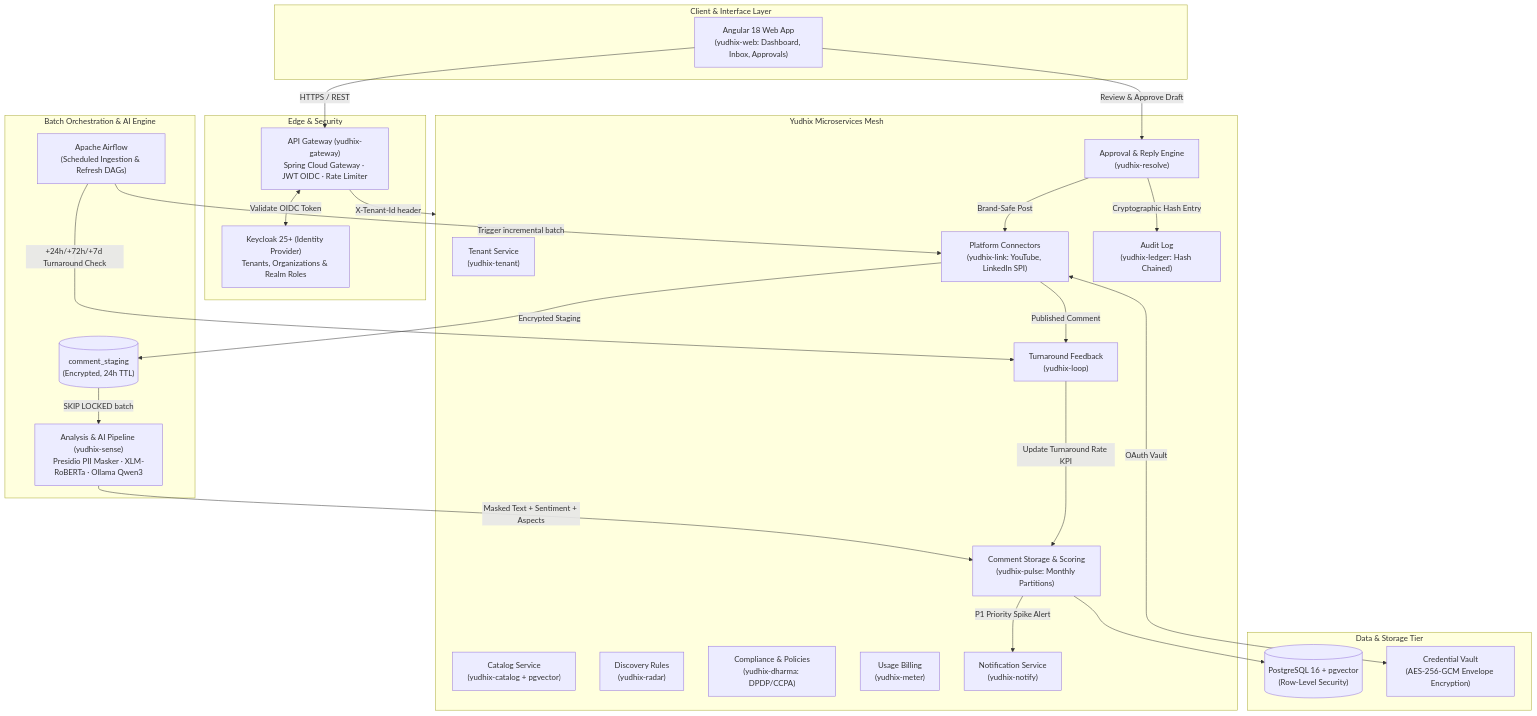
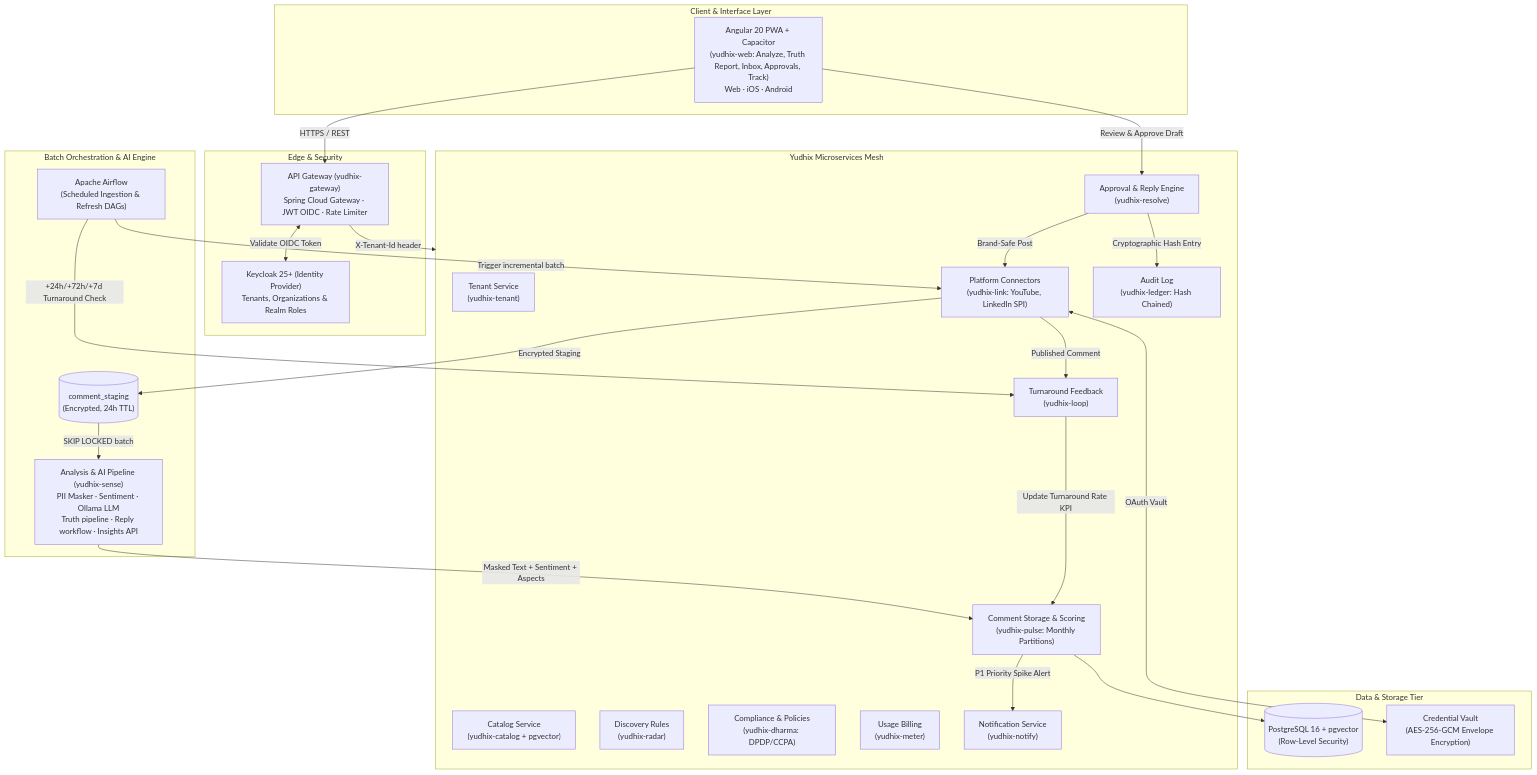
One commit to 83-TechWorld/yudhix changed the first of 5 diagrams in README.md. Above: the diagram before and after it, drawn with Mermaid. The commit also changed other lines of this file and 91 other files, not shown here.

First line of the commit message:
feat: truth-first product with new Angular 20 PWA and backend core

````diff
--- a/README.md
+++ b/README.md
@@ -30,58 +45,58 @@
 ```mermaid
 flowchart TB
     subgraph ClientLayer ["Client & Interface Layer"]
-        UI["Angular 18 Web App<br/>(yudhix-web: Dashboard, Inbox, Approvals)"]
+        UI["Angular 20 PWA + Capacitor<br/>(yudhix-web: Analyze, Truth Report, Inbox, Approvals, Track)<br/>Web · iOS · Android"]
     end
 
     subgraph EdgeLayer ["Edge & Security"]
         GW["API Gateway (yudhix-gateway)<br/>Spring Cloud Gateway · JWT OIDC · Rate Limiter"]
         KC["Keycloak 25+ (Identity Provider)<br/>Tenants, Organizations & Realm Roles"]
     end
 
     subgraph ServiceMesh ["Yudhix Microservices Mesh"]
         TENANT["Tenant Service<br/>(yudhix-tenant)"]
         CATALOG["Catalog Service<br/>(yudhix-catalog + pgvector)"]
         RADAR["Discovery Rules<br/>(yudhix-radar)"]
         LINK["Platform Connectors<br/>(yudhix-link: YouTube, LinkedIn SPI)"]
         PULSE["Comment Storage & Scoring<br/>(yudhix-pulse: Monthly Partitions)"]
         RESOLVE["Approval & Reply Engine<br/>(yudhix-resolve)"]
         LOOP["Turnaround Feedback<br/>(yudhix-loop)"]
         LEDGER["Audit Log<br/>(yudhix-ledger: Hash Chained)"]
         DHARMA["Compliance & Policies<br/>(yudhix-dharma: DPDP/CCPA)"]
         METER["Usage Billing<br/>(yudhix-meter)"]
         NOTIFY["Notification Service<br/>(yudhix-notify)"]
     end
 
     subgraph Pipeline ["Batch Orchestration & AI Engine"]
         AIRFLOW["Apache Airflow<br/>(Scheduled Ingestion & Refresh DAGs)"]
         STAGING[("comment_staging<br/>(Encrypted, 24h TTL)")]
-        SENSE["Analysis & AI Pipeline (yudhix-sense)<br/>Presidio PII Masker · XLM-RoBERTa · Ollama Qwen3"]
+        SENSE["Analysis & AI Pipeline (yudhix-sense)<br/>PII Masker · Sentiment · Ollama LLM<br/>Truth pipeline · Reply workflow · Insights API"]
     end
 
     subgraph DataTier ["Data & Storage Tier"]
         DB[("PostgreSQL 16 + pgvector<br/>(Row-Level Security)")]
         VAULT["Credential Vault<br/>(AES-256-GCM Envelope Encryption)"]
     end
 
     %% Edge traffic
     UI -->|HTTPS / REST| GW
     GW <-->|Validate OIDC Token| KC
     GW -->|X-Tenant-Id header| ServiceMesh
 
     %% Ingestion flow
     AIRFLOW -->|Trigger incremental batch| LINK
     LINK <-->|OAuth Vault| VAULT
     LINK -->|Encrypted Staging| STAGING
     STAGING -->|SKIP LOCKED batch| SENSE
     SENSE -->|Masked Text + Sentiment + Aspects| PULSE
     PULSE --> DB
 
     %% Workflow & Feedback
     PULSE -->|P1 Priority Spike Alert| NOTIFY
     UI -->|Review & Approve Draft| RESOLVE
     RESOLVE -->|Brand-Safe Post| LINK
     RESOLVE -->|Cryptographic Hash Entry| LEDGER
     LINK -->|Published Comment| LOOP
     AIRFLOW -->|+24h/+72h/+7d Turnaround Check| LOOP
     LOOP -->|Update Turnaround Rate KPI| PULSE
 ```
````
